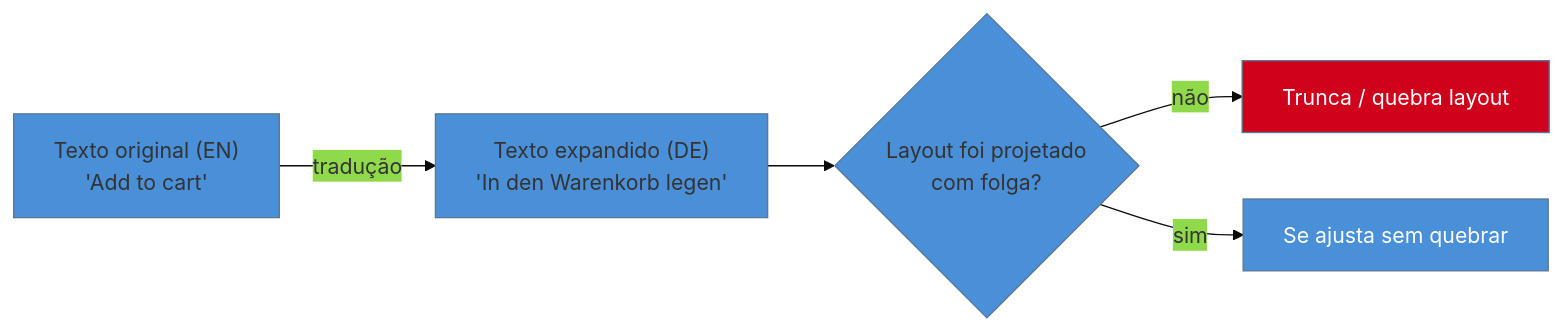
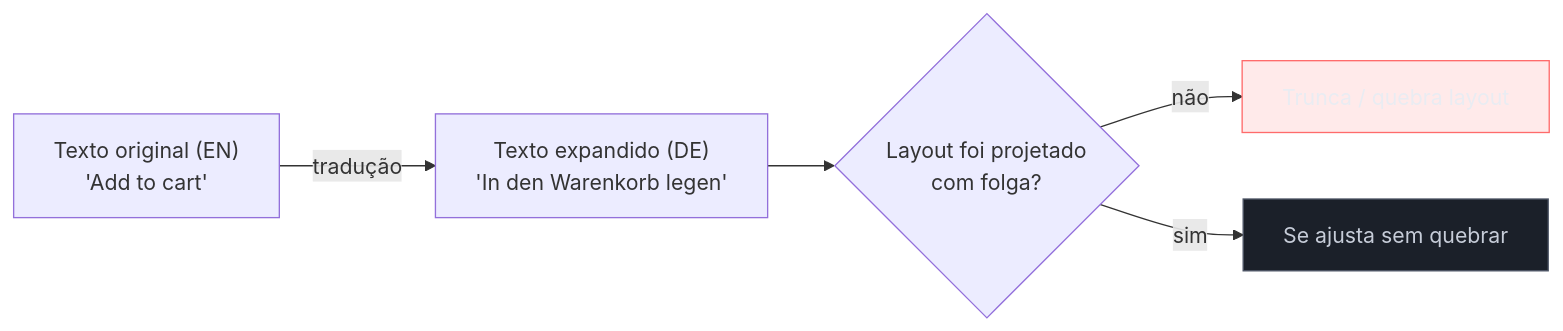
Before and after one commit to josenaldo/codex-technomanticus: the diagram in 03-Dominios/Engenharia/UX/UX Writing e Content Design/37 - i18n quebra layout.md, drawn with Mermaid. The commit also changed 1181 other files, not shown here.

First line of the commit message:
fix(diagramas): paleta do sistema no lugar de cor cravada no markdown

````diff
--- a/03-Dominios/Engenharia/UX/UX Writing e Content Design/37 - i18n quebra layout.md
+++ b/03-Dominios/Engenharia/UX/UX Writing e Content Design/37 - i18n quebra layout.md
@@ -44,10 +44,11 @@
 ```mermaid
-%%{init: {"theme": "base", "themeVariables": {"primaryColor": "#4A90D9"}}}%%
 graph LR
+    classDef falha fill:#FF6B6B24,stroke:#FF6B6B,color:#E9ECF2
+    classDef neutro fill:#1B2029,stroke:#4E5666,color:#C6CCD8
     T["Texto original (EN)<br/>'Add to cart'"] -->|"tradução"| E["Texto expandido (DE)<br/>'In den Warenkorb legen'"]
     E --> D{"Layout foi projetado<br/>com folga?"}
     D -->|"não"| Q["Trunca / quebra layout"]
     D -->|"sim"| OK["Se ajusta sem quebrar"]
-    style Q fill:#D0021B,color:#fff
-    style OK fill:#4A90D9,color:#fff
+    class Q falha
+    class OK neutro
 ```
````
